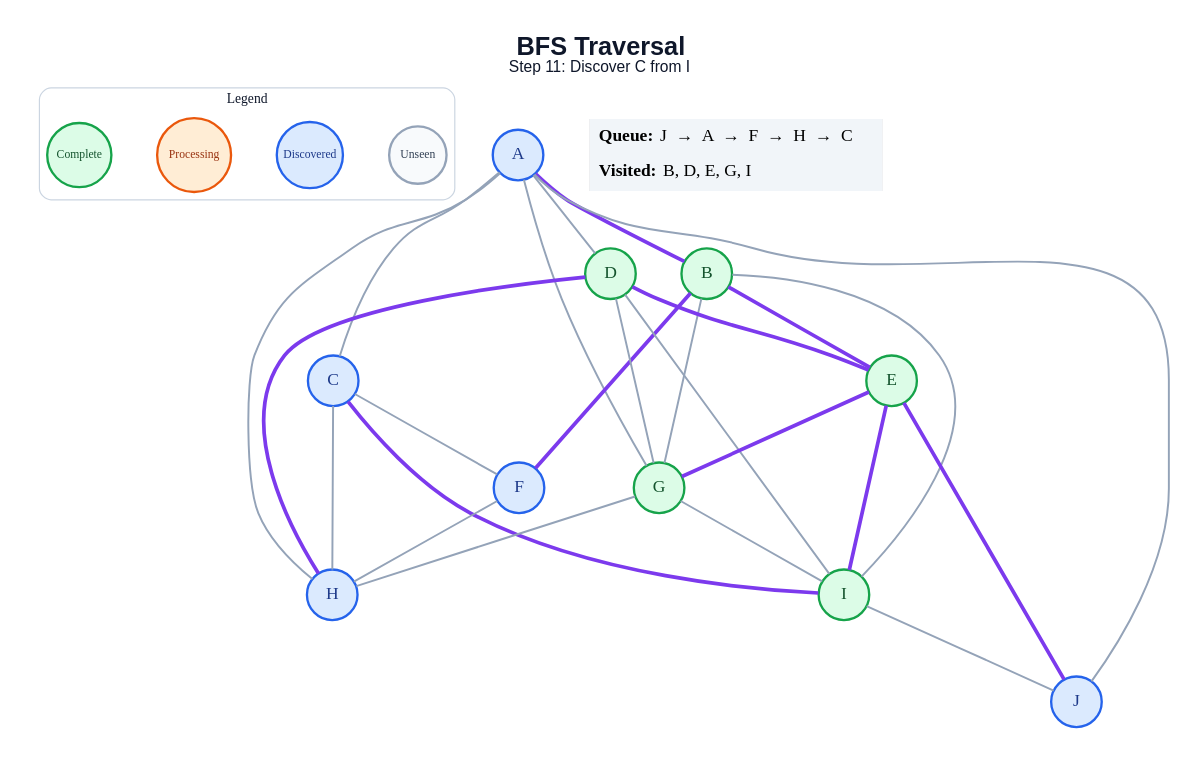
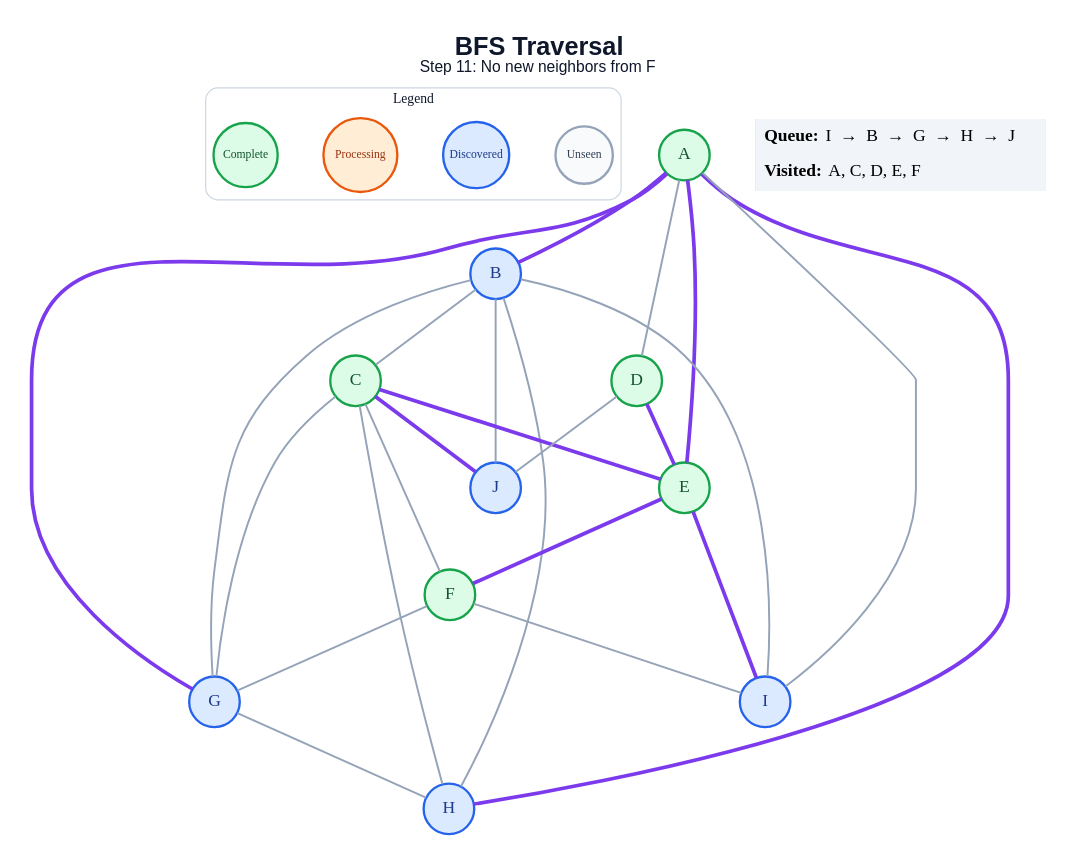
One commit to amanghodawala9/ai-slop changed the diagram in generated/specific-node/bfs/step_11.dot. Above: the diagram before and after it, drawn with Graphviz. The commit also changed 178 other files, not shown here.

```diff
--- a/generated/specific-node/bfs/step_11.dot
+++ b/generated/specific-node/bfs/step_11.dot
@@ -1,53 +1,52 @@
 graph traversal {
   graph [layout=dot, rankdir=TB, bgcolor="#FFFFFF", pad="0.35", nodesep="0.65", ranksep="0.8", fontname="Arial"];
   node [shape=circle, style="filled", fontname="Arial Bold", fontsize=18, width=0.72, fixedsize=true, penwidth=2.4];
   edge [color="#94A3B8", penwidth=2.0];
-  label=<<B>BFS Traversal</B><BR/><FONT POINT-SIZE="16">Step 11: Discover C from I</FONT>>; labelloc="t"; fontsize=26; fontname="Arial"; fontcolor="#0F172A";
+  label=<<B>BFS Traversal</B><BR/><FONT POINT-SIZE="16">Step 11: No new neighbors from F</FONT>>; labelloc="t"; fontsize=26; fontname="Arial"; fontcolor="#0F172A";
   subgraph cluster_legend { label="Legend"; color="#CBD5E1"; penwidth=1.2; style="rounded"; fontsize=14; fontname="Arial Bold";
     key_unseen [label="Unseen", fillcolor="#F8FAFC", color="#94A3B8", fontcolor="#334155", fontsize=12, width=0.82];
     key_frontier [label="Discovered", fillcolor="#DBEAFE", color="#2563EB", fontcolor="#1E3A8A", fontsize=12, width=0.95];
     key_current [label="Processing", fillcolor="#FFEDD5", color="#EA580C", fontcolor="#9A3412", fontsize=12, width=1.05];
     key_done [label="Complete", fillcolor="#DCFCE7", color="#16A34A", fontcolor="#14532D", fontsize=12, width=0.92];
     { rank=same; key_unseen; key_frontier; key_current; key_done; }
   }
-  A [fillcolor="#DBEAFE", color="#2563EB", fontcolor="#1E3A8A"];
-  B [fillcolor="#DCFCE7", color="#16A34A", fontcolor="#14532D"];
-  C [fillcolor="#DBEAFE", color="#2563EB", fontcolor="#1E3A8A"];
+  A [fillcolor="#DCFCE7", color="#16A34A", fontcolor="#14532D"];
+  B [fillcolor="#DBEAFE", color="#2563EB", fontcolor="#1E3A8A"];
+  C [fillcolor="#DCFCE7", color="#16A34A", fontcolor="#14532D"];
   D [fillcolor="#DCFCE7", color="#16A34A", fontcolor="#14532D"];
   E [fillcolor="#DCFCE7", color="#16A34A", fontcolor="#14532D"];
-  F [fillcolor="#DBEAFE", color="#2563EB", fontcolor="#1E3A8A"];
-  G [fillcolor="#DCFCE7", color="#16A34A", fontcolor="#14532D"];
+  F [fillcolor="#DCFCE7", color="#16A34A", fontcolor="#14532D"];
+  G [fillcolor="#DBEAFE", color="#2563EB", fontcolor="#1E3A8A"];
   H [fillcolor="#DBEAFE", color="#2563EB", fontcolor="#1E3A8A"];
-  I [fillcolor="#DCFCE7", color="#16A34A", fontcolor="#14532D"];
+  I [fillcolor="#DBEAFE", color="#2563EB", fontcolor="#1E3A8A"];
   J [fillcolor="#DBEAFE", color="#2563EB", fontcolor="#1E3A8A"];
   A -- B [color="#7C3AED", penwidth=3.8];
-  A -- C;
   A -- D;
-  A -- G;
-  A -- H;
-  A -- J;
-  B -- E [color="#7C3AED", penwidth=3.8];
-  B -- F [color="#7C3AED", penwidth=3.8];
+  A -- E [color="#7C3AED", penwidth=3.8];
+  A -- G [color="#7C3AED", penwidth=3.8];
+  A -- H [color="#7C3AED", penwidth=3.8];
+  A -- I;
+  B -- C;
   B -- G;
+  B -- H;
   B -- I;
+  B -- J;
+  C -- E [color="#7C3AED", penwidth=3.8];
   C -- F;
+  C -- G;
   C -- H;
-  C -- I [color="#7C3AED", penwidth=3.8];
+  C -- J [color="#7C3AED", penwidth=3.8];
   D -- E [color="#7C3AED", penwidth=3.8];
-  D -- G;
-  D -- H [color="#7C3AED", penwidth=3.8];
-  D -- I;
-  E -- G [color="#7C3AED", penwidth=3.8];
+  D -- J;
+  E -- F [color="#7C3AED", penwidth=3.8];
   E -- I [color="#7C3AED", penwidth=3.8];
-  E -- J [color="#7C3AED", penwidth=3.8];
-  F -- H;
+  F -- G;
+  F -- I;
   G -- H;
-  G -- I;
-  I -- J;
   status [shape=plain, fixedsize=false, width=0, height=0, margin=0, label=<
     <TABLE BORDER="0" CELLBORDER="0" CELLPADDING="7" BGCOLOR="#F1F5F9">
-      <TR><TD ALIGN="LEFT"><B>Queue:</B> J  →  A  →  F  →  H  →  C</TD></TR>
-      <TR><TD ALIGN="LEFT"><B>Visited:</B> B, D, E, G, I</TD></TR>
+      <TR><TD ALIGN="LEFT"><B>Queue:</B> I  →  B  →  G  →  H  →  J</TD></TR>
+      <TR><TD ALIGN="LEFT"><B>Visited:</B> A, C, D, E, F</TD></TR>
     </TABLE>
   >];
 }
```
